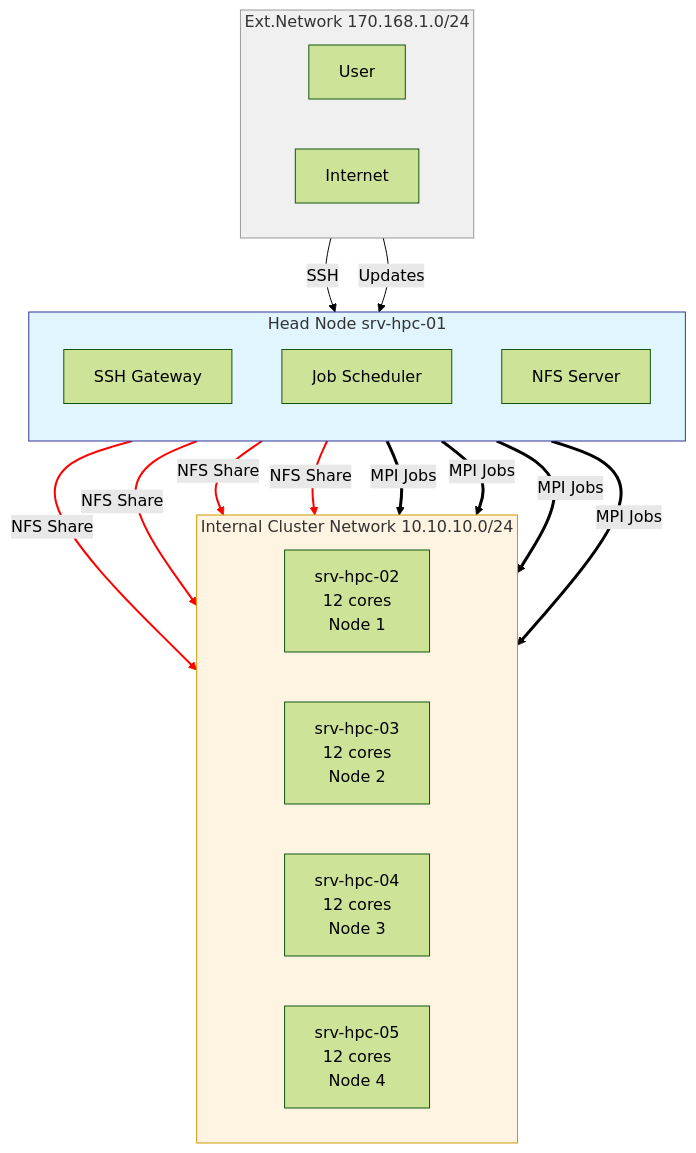
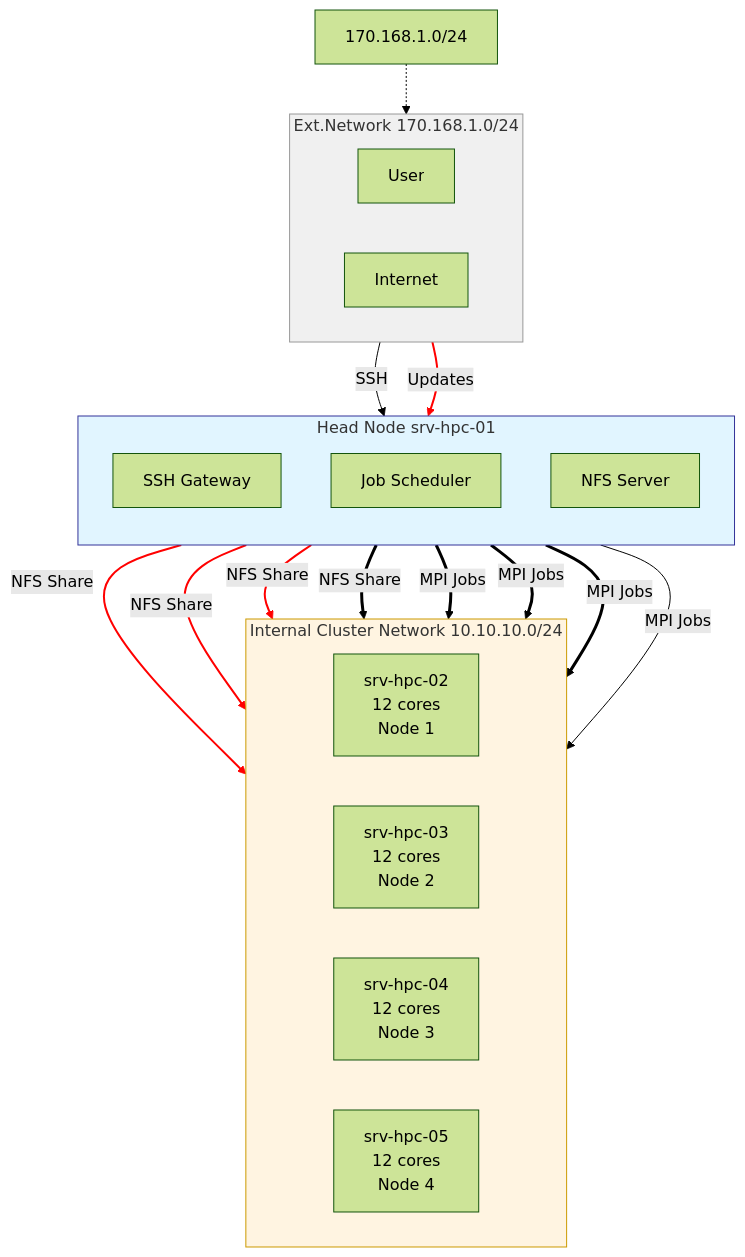
Before and after one commit to maltsev-andrey/hpc-cluster-slurm-mpi: the diagram in README.md, drawn with Mermaid (forest theme).

````diff
--- a/README.md
+++ b/README.md
@@ -44,51 +44,54 @@
 ```mermaid
 graph TB
     %% External network
     subgraph EXT["Ext.Network 170.168.1.0/24"]
         direction LR
         User[User]
         Internet[Internet]
     end
+
+    Note1["170.168.1.0/24"]
+    Note1 -.-> EXT
 
     %% Head node
     subgraph HEAD["Head Node srv-hpc-01"]
         direction TB
         SSH[SSH Gateway]
         Scheduler[Job Scheduler]
         NFS[NFS Server]
     end
 
     %% Internal cluster network
     subgraph INT["Internal Cluster Network 10.10.10.0/24"]
         direction LR
         CN1["srv-hpc-02<br/>12 cores<br/>Node 1"]
         CN2["srv-hpc-03<br/>12 cores<br/>Node 2"]
         CN3["srv-hpc-04<br/>12 cores<br/>Node 3"]
         CN4["srv-hpc-05<br/>12 cores<br/>Node 4"]
     end
 
     %% Connections - order matters for linkStyle
     User -->|SSH| SSH
     Internet -->|Updates| HEAD
     NFS -->|NFS Share| CN1
     NFS -->|NFS Share| CN2
     NFS -->|NFS Share| CN3
     NFS -->|NFS Share| CN4
     Scheduler -->|MPI Jobs| CN1
     Scheduler -->|MPI Jobs| CN2
     Scheduler -->|MPI Jobs| CN3
     Scheduler -->|MPI Jobs| CN4
 
     %% Link styles - links are numbered 0,1,2,3... in order of appearance
     %% Links 0,1: SSH and Updates
     %% Links 2,3,4,5: NFS Share - RED
     %% Links 6,7,8,9: MPI Jobs - BOLD BLACK
     linkStyle 2,3,4,5 stroke:#ff0000,stroke-width:2px
     linkStyle 6,7,8,9 stroke:#000000,stroke-width:3px
 
     %% Styles
     style EXT fill:#f0f0f0,stroke:#999,stroke-width:1px
     style HEAD fill:#e1f5ff,stroke:#339,stroke-width:1px
     style INT fill:#fff4e1,stroke:#c90,stroke-width:1px
 
 ```
````
